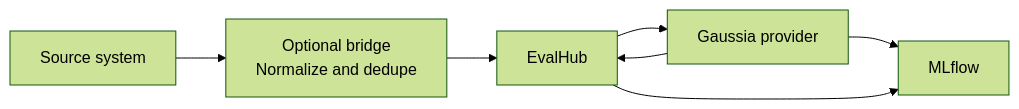
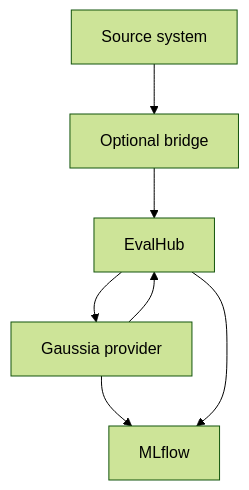
One commit to gaussia-labs/docs changed the first of 3 diagrams in sdks/python/integrations/evalhub.mdx. Above: the diagram before and after it, drawn with Mermaid (forest theme). The commit also changed other lines of this file, not shown here.

Commit message:
Simplify EvalHub diagrams

````diff
--- a/sdks/python/integrations/evalhub.mdx
+++ b/sdks/python/integrations/evalhub.mdx
@@ -46,15 +46,15 @@
   ```mermaid
-  flowchart LR
+  flowchart TB
       source["Source system"]
-      bridge["Optional bridge<br/>Normalize and dedupe"]
+      bridge["Optional bridge"]
       evalhub["EvalHub"]
       provider["Gaussia provider"]
       mlflow["MLflow"]
 
       source --> bridge
       bridge --> evalhub
       evalhub --> provider
       provider --> evalhub
       provider --> mlflow
       evalhub --> mlflow
   ```
````
